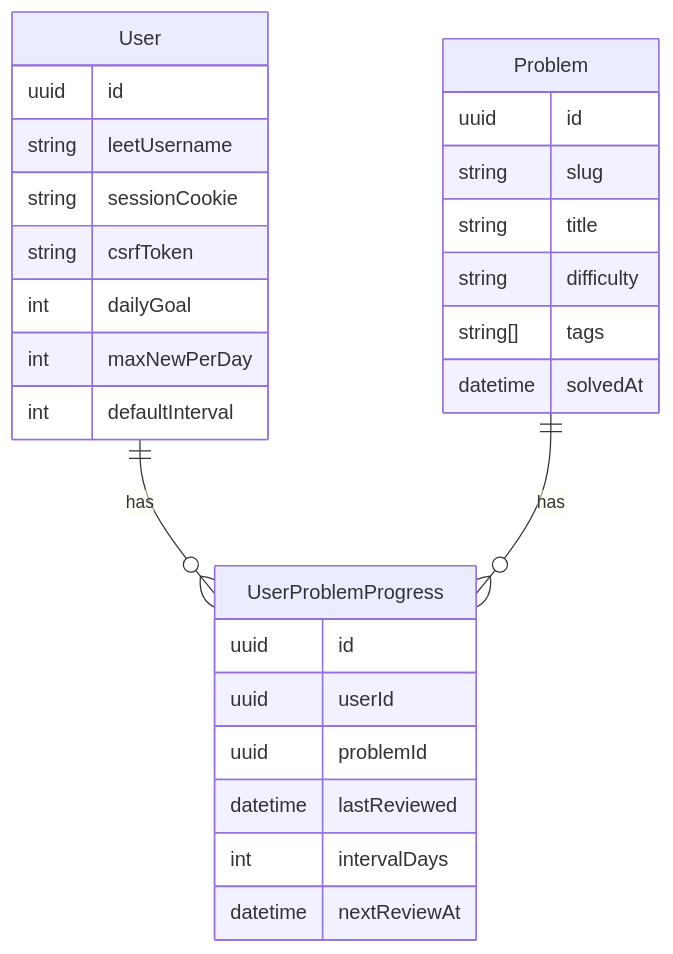
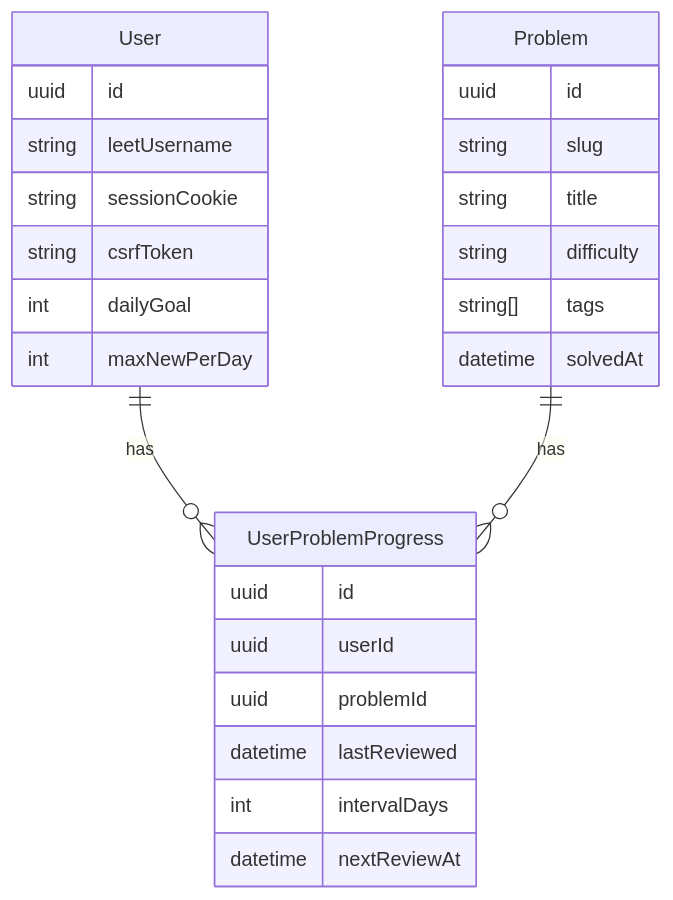
Before and after one commit to RicciDylanAndrada/CodeCycle: the fourth of 4 diagrams in README.md, drawn with Mermaid. The commit also changed other lines of this file and 7 other files, not shown here.

````diff
--- a/README.md
+++ b/README.md
@@ -105,30 +106,29 @@
 ```mermaid
 erDiagram
     User ||--o{ UserProblemProgress : has
     Problem ||--o{ UserProblemProgress : has
     User {
         uuid id
         string leetUsername
         string sessionCookie
         string csrfToken
         int dailyGoal
         int maxNewPerDay
-        int defaultInterval
     }
     Problem {
         uuid id
         string slug
         string title
         string difficulty
         string[] tags
         datetime solvedAt
     }
     UserProblemProgress {
         uuid id
         uuid userId
         uuid problemId
         datetime lastReviewed
         int intervalDays
         datetime nextReviewAt
     }
 ```
````
